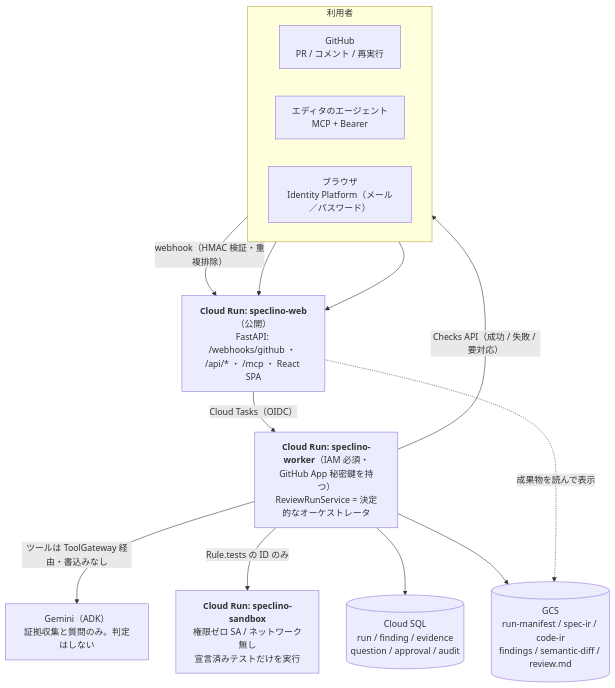
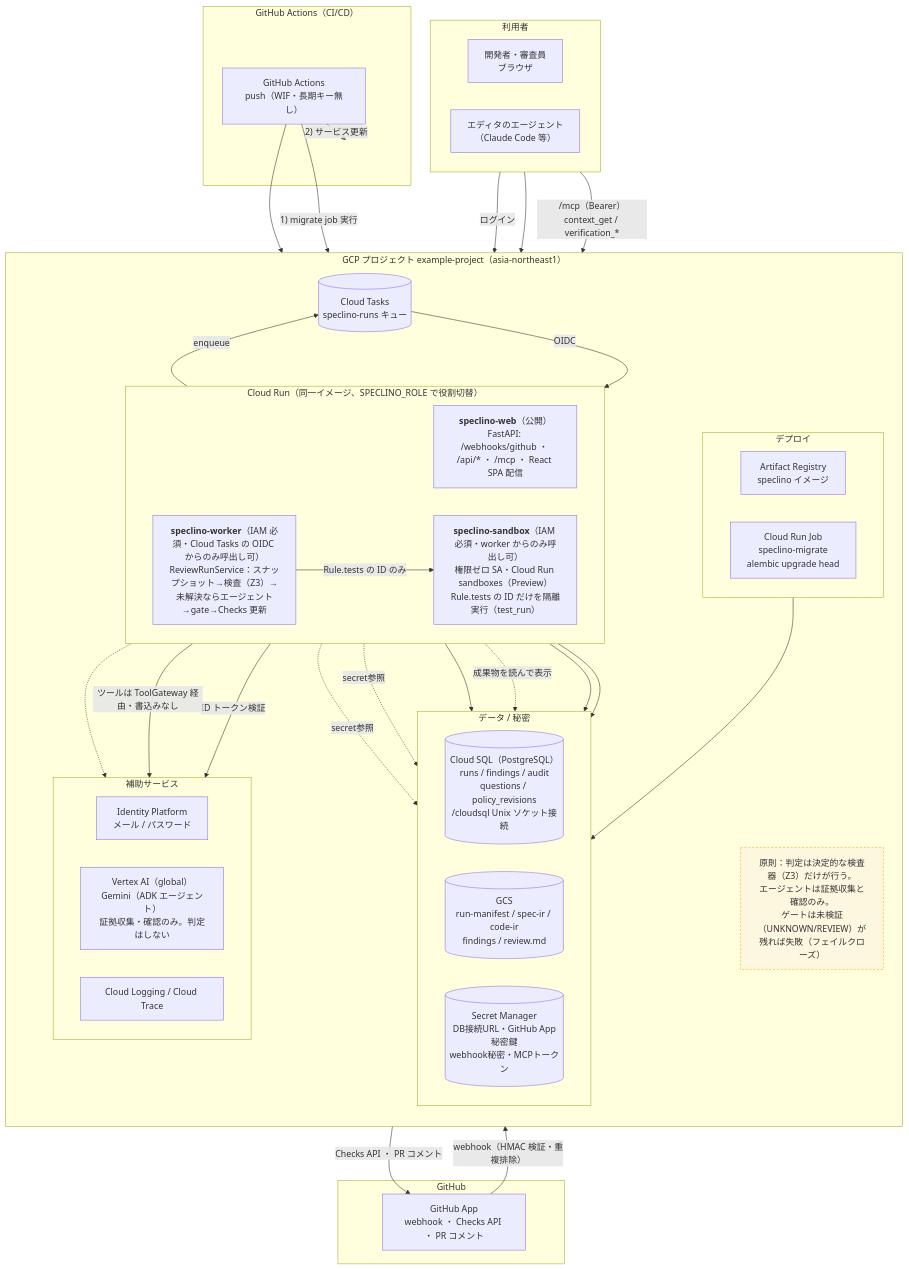
Before and after one commit to tanabe-yudai/speclino: the first of 2 diagrams in README.md, drawn with Mermaid. The commit also changed 3 other files, not shown here.

Commit message:
docs: 構成図を現在の本番構成に更新

````diff
--- a/README.md
+++ b/README.md
@@ -46,25 +46,78 @@
 ```mermaid
 flowchart TB
-  subgraph clients["利用者"]
+  subgraph USERS["利用者"]
     direction LR
-    GH["GitHub<br/>PR / コメント / 再実行"]
-    ED["エディタのエージェント<br/>MCP + Bearer"]
-    JU["ブラウザ<br/>Identity Platform（メール／パスワード）"]
+    DEV["開発者・審査員<br/>ブラウザ"]
+    ED["エディタのエージェント<br/>（Claude Code 等）"]
   end
 
-  WEB["<b>Cloud Run: speclino-web</b>（公開）<br/>FastAPI: /webhooks/github ・ /api/* ・ /mcp ・ React SPA"]
-  WORKER["<b>Cloud Run: speclino-worker</b>（IAM 必須・GitHub App 秘密鍵を持つ）<br/>ReviewRunService = 決定的なオーケストレータ"]
-  SANDBOX["<b>Cloud Run: speclino-sandbox</b><br/>権限ゼロ SA / ネットワーク無し<br/>宣言済みテストだけを実行"]
-  GEMINI["Gemini（ADK）<br/>証拠収集と質問のみ。判定はしない"]
+  subgraph GHAPPSG["GitHub"]
+    GHAPP["GitHub App<br/>webhook ・ Checks API ・ PR コメント"]
+  end
 
-  GH -- "webhook（HMAC 検証・重複排除）" --> WEB
-  ED --> WEB
-  JU --> WEB
-  WEB -- "Cloud Tasks（OIDC）" --> WORKER
-  WORKER -- "Checks API（成功 / 失敗 / 要対応）" --> GH
-  WORKER -- "ツールは ToolGateway 経由・書込みなし" --> GEMINI
+  subgraph GCP["GCP プロジェクト example-project（asia-northeast1）"]
+    direction TB
+
+    subgraph GCP_RUN["Cloud Run（同一イメージ、SPECLINO_ROLE で役割切替）"]
+      direction LR
+      WEB["<b>speclino-web</b>（公開）<br/>FastAPI: /webhooks/github ・ /api/* ・ /mcp ・ React SPA 配信"]
+      WORKER["<b>speclino-worker</b>（IAM 必須・Cloud Tasks の OIDC からのみ呼出し可）<br/>ReviewRunService：スナップショット→検査（Z3）→未解決ならエージェント→gate→Checks 更新"]
+      SANDBOX["<b>speclino-sandbox</b>（IAM 必須・worker からのみ呼出し可）<br/>権限ゼロ SA・Cloud Run sandboxes（Preview）<br/>Rule.tests の ID だけを隔離実行（test_run）"]
+    end
+
+    TASKS[("Cloud Tasks<br/>speclino-runs キュー")]
+
+    subgraph GCP_DATA["データ / 秘密"]
+      direction LR
+      SQL[("Cloud SQL（PostgreSQL）<br/>runs / findings / audit<br/>questions / policy_revisions<br/>/cloudsql Unix ソケット接続")]
+      GCS[("GCS<br/>run-manifest / spec-ir / code-ir<br/>findings / review.md")]
+      SECRETS[("Secret Manager<br/>DB接続URL・GitHub App秘密鍵<br/>webhook秘密・MCPトークン")]
+    end
+
+    subgraph GCP_AUX["補助サービス"]
+      direction LR
+      IDP["Identity Platform<br/>メール / パスワード"]
+      VERTEX["Vertex AI（global）<br/>Gemini（ADK エージェント）<br/>証拠収集・確認のみ。判定はしない"]
+      OBS["Cloud Logging / Cloud Trace"]
+    end
+
+    subgraph GCP_DEPLOY["デプロイ"]
+      direction LR
+      AR["Artifact Registry<br/>speclino イメージ"]
+      MIGRATE["Cloud Run Job<br/>speclino-migrate<br/>alembic upgrade head"]
+    end
+
+    NOTE["原則：判定は決定的な検査器（Z3）だけが行う。<br/>エージェントは証拠収集と確認のみ。<br/>ゲートは未検証（UNKNOWN/REVIEW）が残れば失敗（フェイルクローズ）"]
+  end
+
+  subgraph GHACTSG["GitHub Actions（CI/CD）"]
+    GHACT["GitHub Actions<br/>push（WIF・長期キー無し）"]
+  end
+
+  DEV -- "ログイン" --> IDP
+  DEV --> WEB
+  ED -- "/mcp（Bearer）<br/>context_get / verification_*" --> WEB
+  GHAPP -- "webhook（HMAC 検証・重複排除）" --> WEB
+  WEB -- "ID トークン検証" --> IDP
+  WEB -- enqueue --> TASKS
+  TASKS -- OIDC --> WORKER
+  WORKER -- "Checks API ・ PR コメント" --> GHAPP
+  WORKER -- "ツールは ToolGateway 経由・書込みなし" --> VERTEX
   WORKER -- "Rule.tests の ID のみ" --> SANDBOX
-  WORKER --> SQL[("Cloud SQL<br/>run / finding / evidence<br/>question / approval / audit")]
-  WORKER --> GCS[("GCS<br/>run-manifest / spec-ir / code-ir<br/>findings / semantic-diff / review.md")]
+  WEB --> SQL
+  WORKER --> SQL
+  MIGRATE --> SQL
   WEB -. "成果物を読んで表示" .-> GCS
+  WORKER --> GCS
+  WEB -. secret参照 .-> SECRETS
+  WORKER -. secret参照 .-> SECRETS
+
+  GHACT --> AR
+  GHACT -- "1) migrate job 実行" --> MIGRATE
+  GHACT -- "2) サービス更新" --> GCP_RUN
+
+  GCP_RUN -.-> OBS
+
+  classDef note fill:#fef7e0,stroke:#f9ab00,stroke-dasharray: 4 3,color:#333
+  class NOTE note
 ```
````
